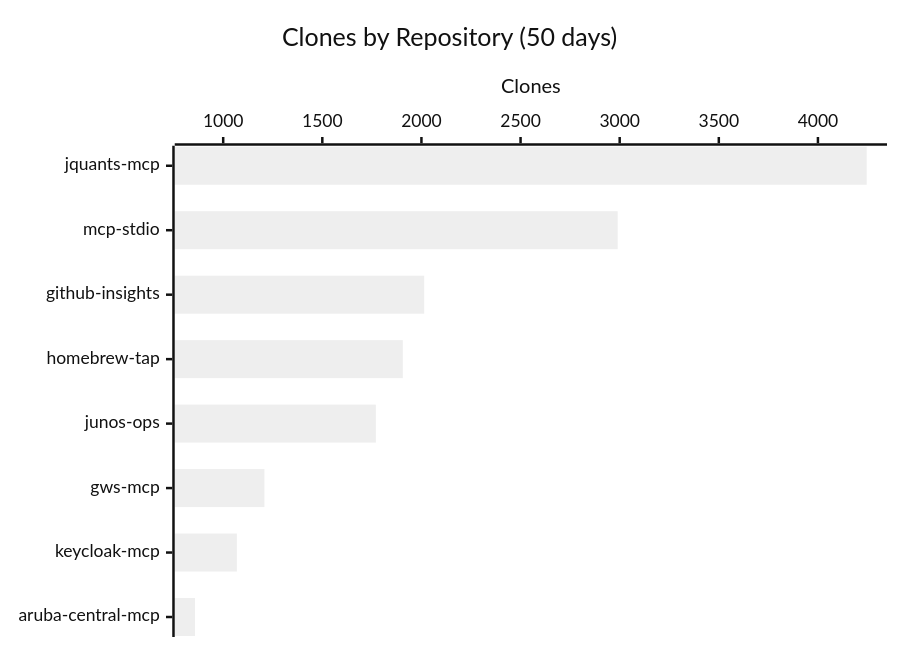
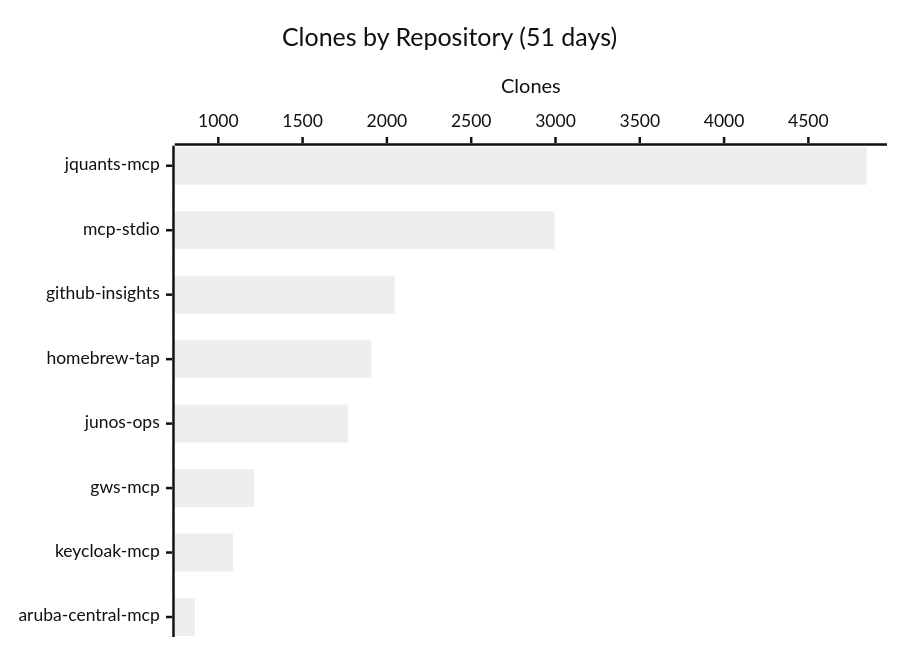
The third of 3 diagrams in README.md (shigechika/github-insights), drawn with Mermaid (neutral theme) before and after one commit. The commit also changed other lines of this file and 2 other files, not shown here.

````diff
--- a/README.md
+++ b/README.md
@@ -38,7 +38,7 @@
 ```mermaid
 xychart-beta horizontal
-    title "Clones by Repository (50 days)"
+    title "Clones by Repository (51 days)"
     x-axis ["jquants-mcp", "mcp-stdio", "github-insights", "homebrew-tap", "junos-ops", "gws-mcp", "keycloak-mcp", "aruba-central-mcp"]
     y-axis "Clones"
-    bar [4246, 2990, 2014, 1906, 1770, 1208, 1069, 858]
+    bar [4846, 2994, 2047, 1908, 1770, 1211, 1087, 862]
 ```
````
